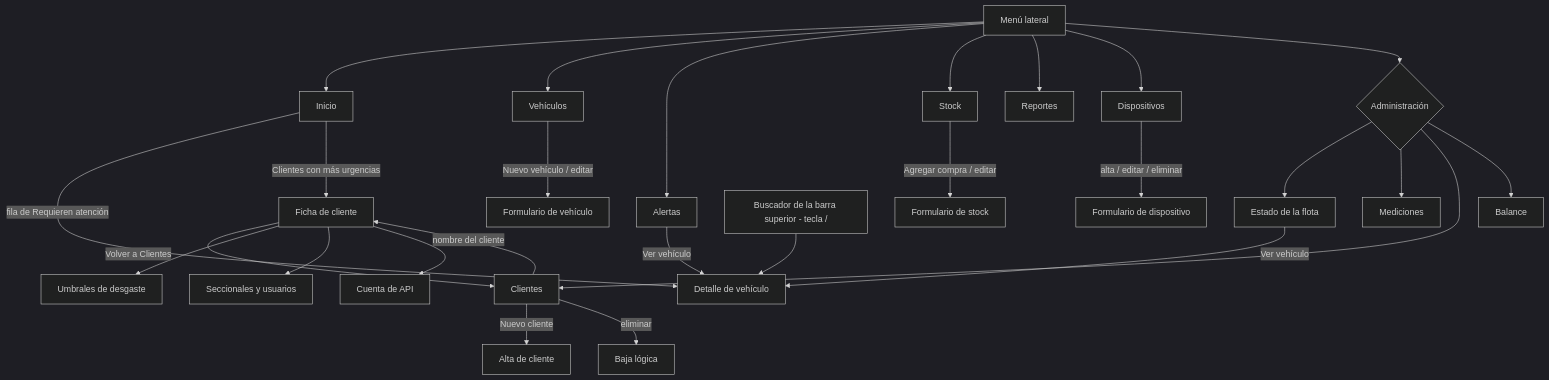
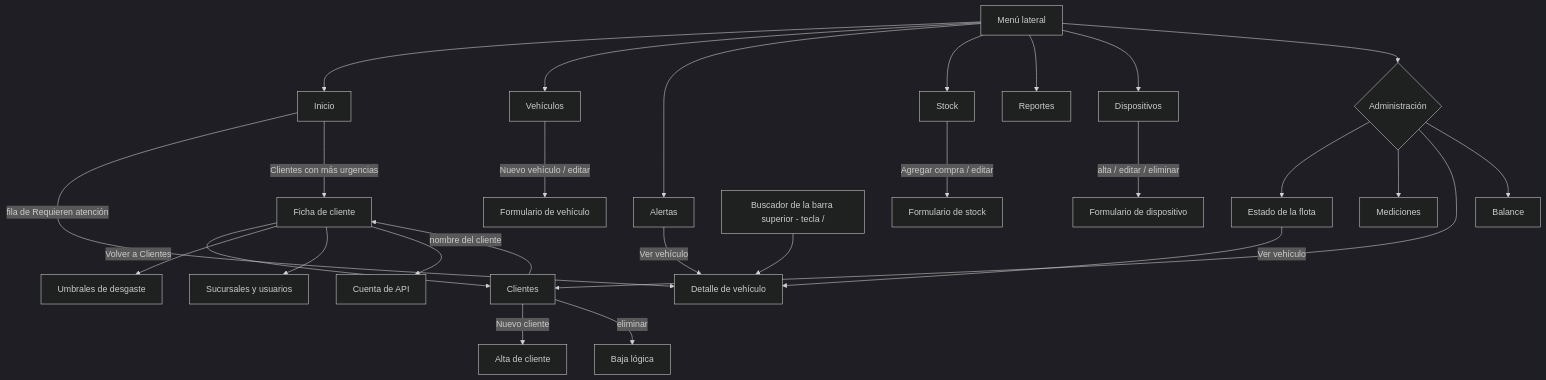
The second of 2 diagrams in docs/12-mapa-navegacion.md (EM-Organization/Neumet-Gestion), drawn with Mermaid (dark theme) before and after one commit. The commit also changed other lines of this file and 63 other files, not shown here.

````diff
--- a/docs/12-mapa-navegacion.md
+++ b/docs/12-mapa-navegacion.md
@@ -80,29 +80,29 @@
 ```mermaid
 flowchart TD
   M[Menú lateral] --> I[Inicio]
   M --> V[Vehículos]
   M --> A[Alertas]
   M --> S[Stock]
   M --> R[Reportes]
   M --> D[Dispositivos]
   M --> AD{Administración}
   AD --> F[Estado de la flota]
   AD --> ME[Mediciones]
   AD --> C[Clientes]
   AD --> B[Balance]
   B0[Buscador de la barra superior - tecla /] --> VD[Detalle de vehículo]
   I -->|fila de Requieren atención| VD
   I -->|Clientes con más urgencias| FI[Ficha de cliente]
   F -->|Ver vehículo| VD
   A -->|Ver vehículo| VD
   C -->|nombre del cliente| FI
   C -->|Nuevo cliente| CN[Alta de cliente]
   C -->|eliminar| BL[Baja lógica]
   FI -->|Volver a Clientes| C
   FI --> U[Umbrales de desgaste]
-  FI --> SE[Seccionales y usuarios]
+  FI --> SE[Sucursales y usuarios]
   FI --> API[Cuenta de API]
   V -->|Nuevo vehículo / editar| VM[Formulario de vehículo]
   S -->|Agregar compra / editar| SM[Formulario de stock]
   D -->|alta / editar / eliminar| DM[Formulario de dispositivo]
 ```
````
